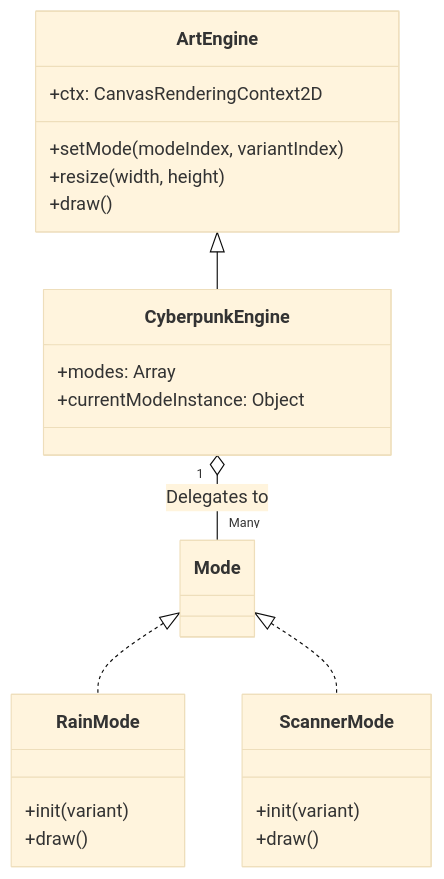
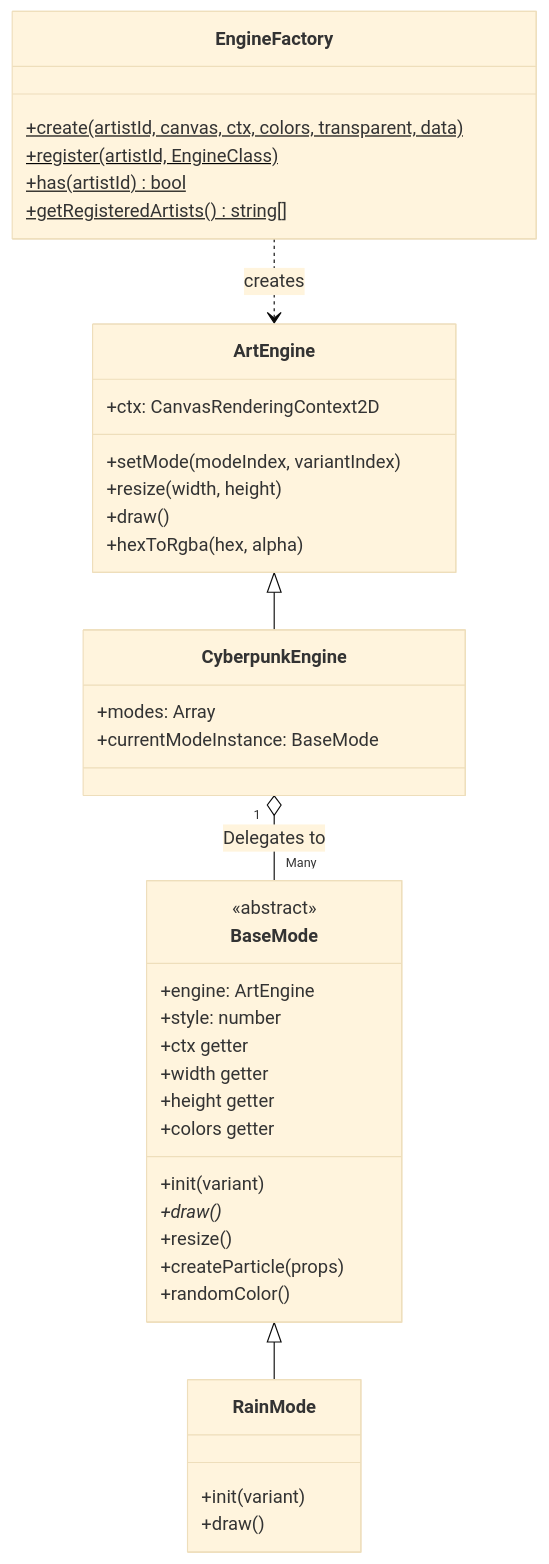
Before and after one commit to hiyong7759/media-art-writer: the second of 2 diagrams in docs/system_design.md, drawn with Mermaid (base theme). The commit also changed other lines of this file and 42 other files, not shown here.

First line of the commit message:
refactor: 아키텍처 리팩토링 v3.1 - BaseMode, EngineFactory 도입

````diff
--- a/docs/system_design.md
+++ b/docs/system_design.md
@@ -158,26 +166,47 @@
 ```mermaid
 classDiagram
+    class EngineFactory {
+        +create(artistId, canvas, ctx, colors, transparent, data)$
+        +register(artistId, EngineClass)$
+        +has(artistId)$ bool
+        +getRegisteredArtists()$ string[]
+    }
+
     class ArtEngine {
         +ctx: CanvasRenderingContext2D
         +setMode(modeIndex, variantIndex)
         +resize(width, height)
         +draw()
+        +hexToRgba(hex, alpha)
     }
+
+    class BaseMode {
+        <<abstract>>
+        +engine: ArtEngine
+        +style: number
+        +init(variant)
+        +draw()*
+        +resize()
+        +ctx getter
+        +width getter
+        +height getter
+        +colors getter
+        +createParticle(props)
+        +randomColor()
+    }
+
     class CyberpunkEngine {
         +modes: Array
-        +currentModeInstance: Object
+        +currentModeInstance: BaseMode
     }
+
     class RainMode {
         +init(variant)
         +draw()
     }
-    class ScannerMode {
-        +init(variant)
-        +draw()
-    }
 
+    EngineFactory ..> ArtEngine : creates
     ArtEngine <|-- CyberpunkEngine
-    CyberpunkEngine "1" o-- "Many" Mode : Delegates to
-    Mode <|.. RainMode
-    Mode <|.. ScannerMode
+    BaseMode <|-- RainMode
+    CyberpunkEngine "1" o-- "Many" BaseMode : Delegates to
 ```
````
